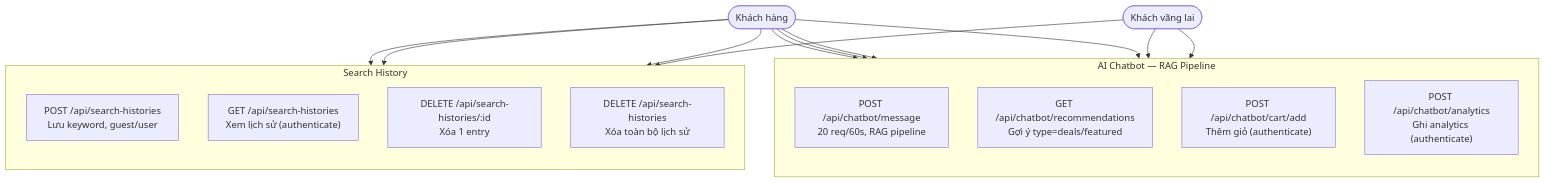
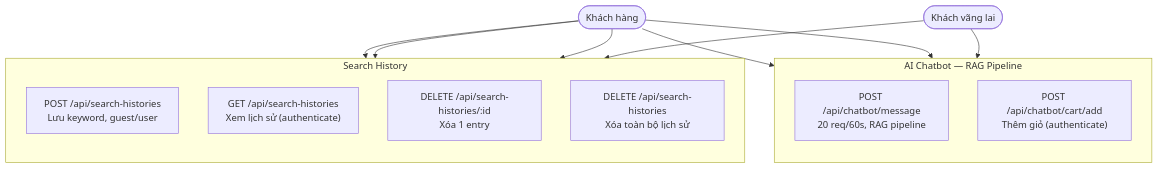
Before and after one commit to MinhThang1009/E-commerce-website: diagram 17 of 47 in DIAGRAMS.md, drawn with Mermaid. The commit also changed other lines of this file and 49 other files, not shown here.

First line of the commit message:
refactor(api): dọn endpoint thừa chatbot + catalog product-write (§C)

````diff
--- a/DIAGRAMS.md
+++ b/DIAGRAMS.md
@@ -501,32 +501,27 @@
 ```mermaid
 flowchart TB
     Guest(["Khách vãng lai"])
     Customer(["Khách hàng"])
 
     subgraph AI_CHAT["AI Chatbot — RAG Pipeline"]
         direction TB
         AI1["POST /api/chatbot/message<br/>20 req/60s, RAG pipeline"]
-        AI2["GET /api/chatbot/recommendations<br/>Gợi ý type=deals/featured"]
         AI3["POST /api/chatbot/cart/add<br/>Thêm giỏ (authenticate)"]
-        AI4["POST /api/chatbot/analytics<br/>Ghi analytics (authenticate)"]
     end
 
     subgraph SEARCH_H["Search History"]
         direction TB
         SH1["POST /api/search-histories<br/>Lưu keyword, guest/user"]
         SH2["GET /api/search-histories<br/>Xem lịch sử (authenticate)"]
         SH3["DELETE /api/search-histories/:id<br/>Xóa 1 entry"]
         SH4["DELETE /api/search-histories<br/>Xóa toàn bộ lịch sử"]
     end
 
     Guest --> AI1
-    Guest --> AI2
     Guest --> SH1
     Customer --> AI1
-    Customer --> AI2
     Customer --> AI3
-    Customer --> AI4
     Customer --> SH2
     Customer --> SH3
     Customer --> SH4
 ```
````
